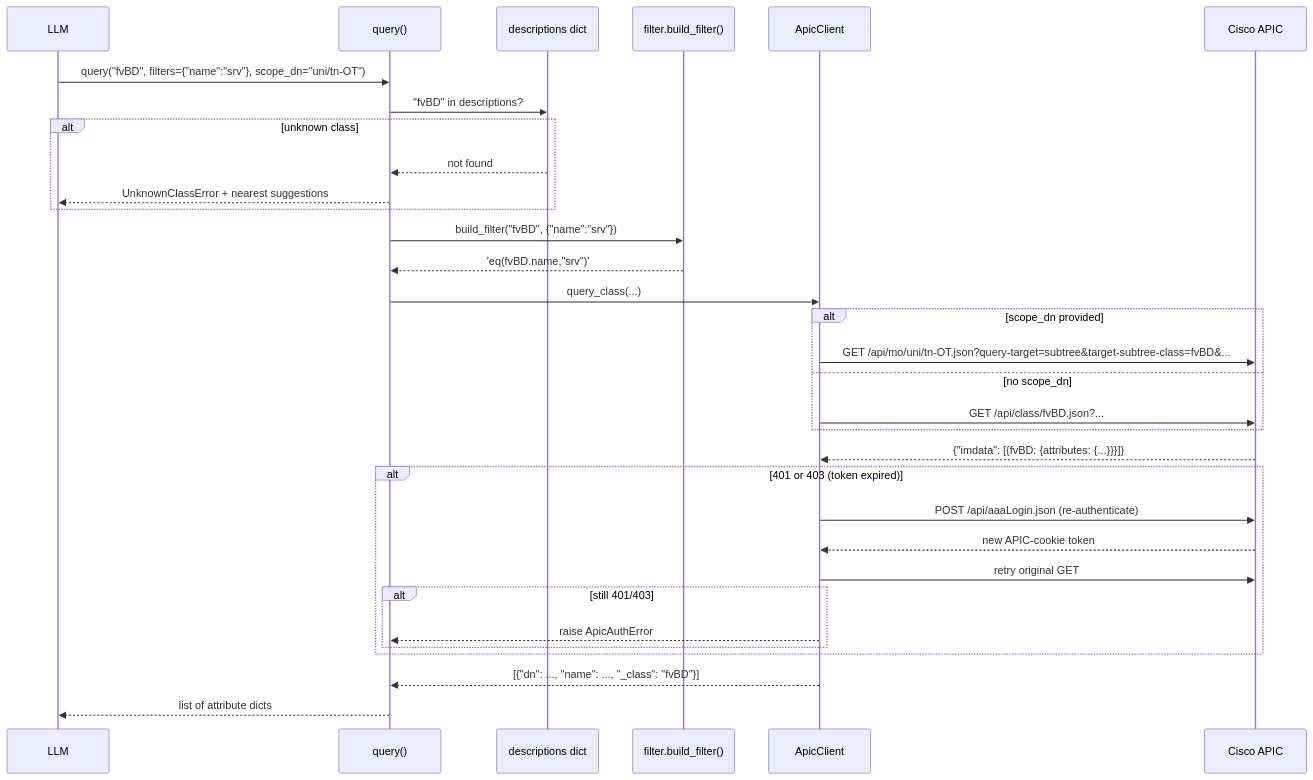
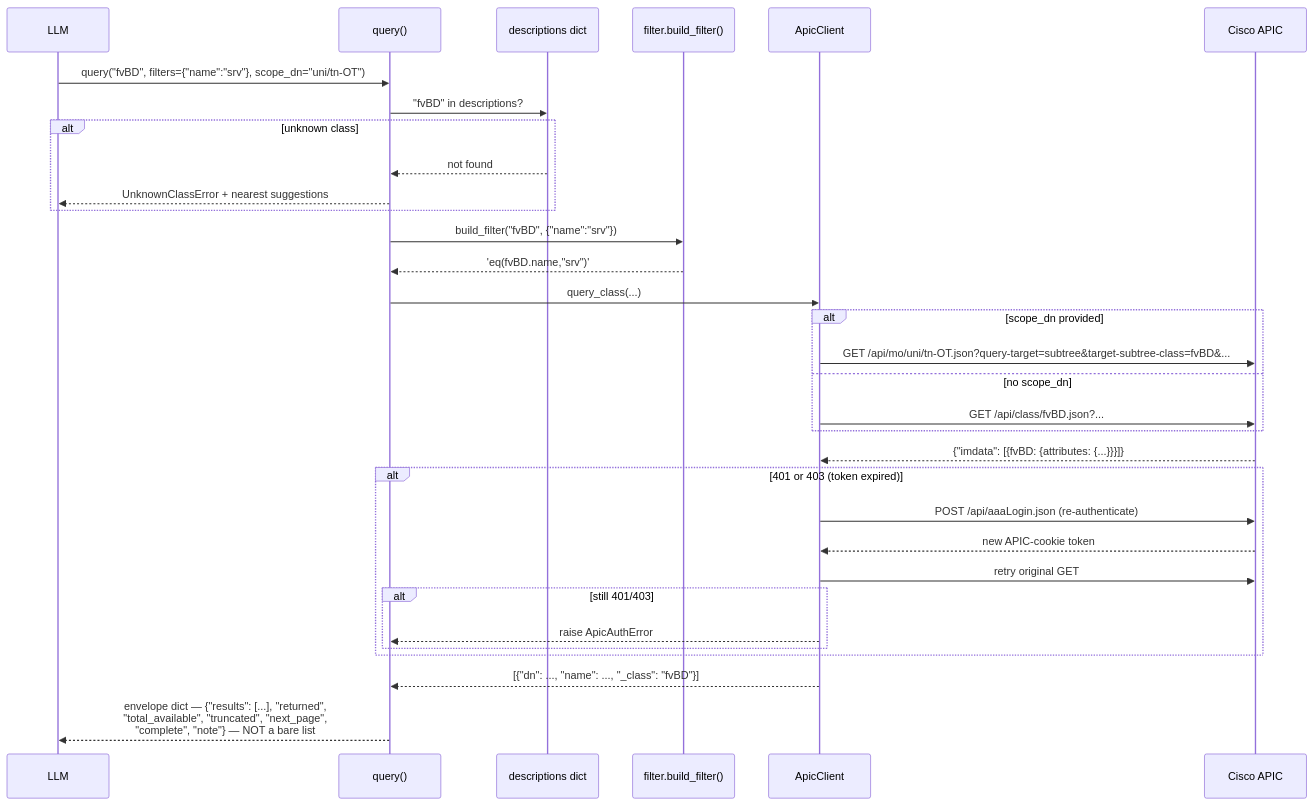
Before and after one commit to k3l0-dev/aci-mcp: the fourth of 5 diagrams in docs/architecture/data-flow.md, drawn with Mermaid. The commit also changed other lines of this file and 19 other files, not shown here.

````diff
--- a/docs/architecture/data-flow.md
+++ b/docs/architecture/data-flow.md
@@ -75,42 +75,42 @@
 ```mermaid
 sequenceDiagram
     participant LLM
     participant tool as query()
     participant desc as descriptions dict
     participant filter as filter.build_filter()
     participant apic as ApicClient
     participant cisco as Cisco APIC
 
     LLM->>tool: query("fvBD", filters={"name":"srv"}, scope_dn="uni/tn-OT")
 
     tool->>desc: "fvBD" in descriptions?
     alt unknown class
         desc-->>tool: not found
         tool-->>LLM: UnknownClassError + nearest suggestions
     end
 
     tool->>filter: build_filter("fvBD", {"name":"srv"})
     filter-->>tool: 'eq(fvBD.name,"srv")'
 
     tool->>apic: query_class(...)
 
     alt scope_dn provided
         apic->>cisco: GET /api/mo/uni/tn-OT.json?query-target=subtree&target-subtree-class=fvBD&...
     else no scope_dn
         apic->>cisco: GET /api/class/fvBD.json?...
     end
 
     cisco-->>apic: {"imdata": [{fvBD: {attributes: {...}}}]}
 
     alt 401 or 403 (token expired)
         apic->>cisco: POST /api/aaaLogin.json (re-authenticate)
         cisco-->>apic: new APIC-cookie token
         apic->>cisco: retry original GET
         alt still 401/403
             apic-->>tool: raise ApicAuthError
         end
     end
 
     apic-->>tool: [{"dn": ..., "name": ..., "_class": "fvBD"}]
-    tool-->>LLM: list of attribute dicts
+    tool-->>LLM: envelope dict — {"results": [...], "returned",<br/>"total_available", "truncated", "next_page",<br/>"complete", "note"} — NOT a bare list
 ```
````
